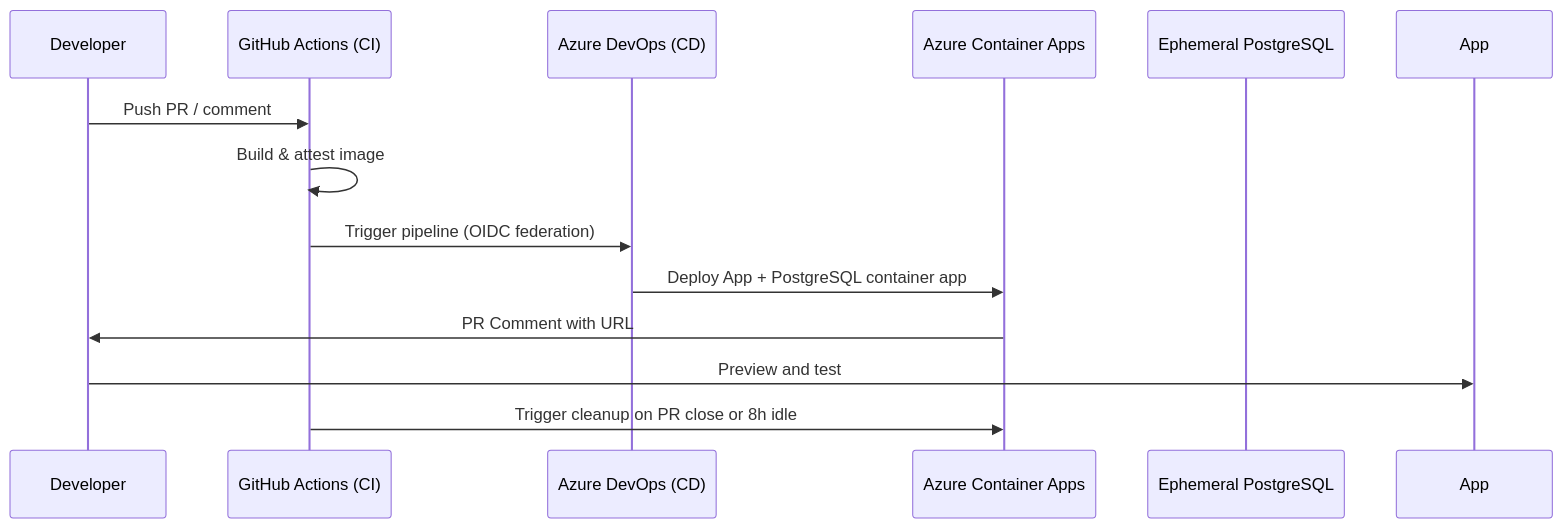
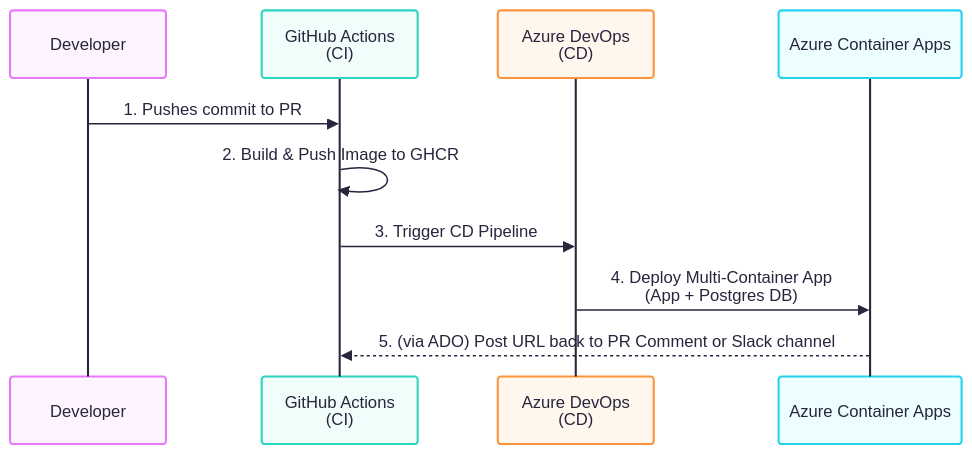
The diagram in diagrams/auto-deploy.mmd (josielbruk/manage-tests), drawn with Mermaid before and after one commit. The commit also changed 3 other files, not shown here.

```diff
--- a/diagrams/auto-deploy.mmd
+++ b/diagrams/auto-deploy.mmd
@@ -1,14 +1,15 @@
+---
+config:
+  theme: redux-color
+  look: handDrawn
+---
 sequenceDiagram
-  participant Dev as Developer
-  participant GH as GitHub Actions (CI)
-  participant ADO as Azure DevOps (CD)
-  participant Azure as Azure Container Apps
-  participant DB as Ephemeral PostgreSQL
-
-  Dev->>GH: Push PR / comment
-  GH->>GH: Build & attest image
-  GH->>ADO: Trigger pipeline (OIDC federation)
-  ADO->>Azure: Deploy App + PostgreSQL container app
-  Azure->>Dev: PR Comment with URL
-  Dev->>App: Preview and test
-  GH->>Azure: Trigger cleanup on PR close or 8h idle
+    participant Dev as Developer
+    participant GHA as GitHub Actions <br/>(CI)
+    participant ADO as Azure DevOps <br/>(CD)
+    participant ACA as Azure Container Apps
+    Dev->>GHA: 1. Pushes commit to PR
+    GHA->>GHA: 2. Build & Push Image to GHCR
+    GHA->>ADO: 3. Trigger CD Pipeline
+    ADO->>ACA: 4. Deploy Multi-Container App<br/>(App + Postgres DB)
+    ACA-->>GHA: 5. (via ADO) Post URL back to PR Comment or Slack channel
```
